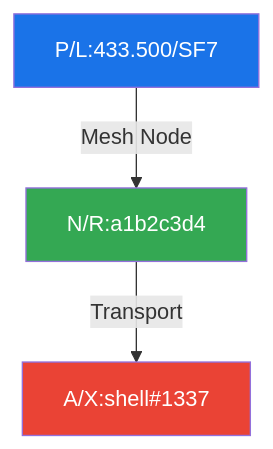
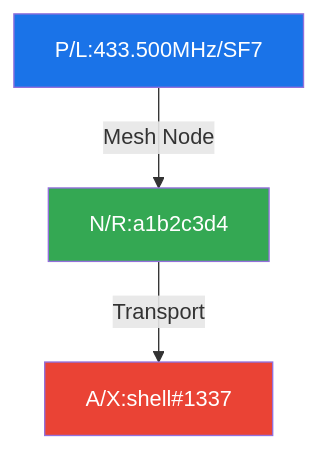
Before and after one commit to gretel/ramp: the second of 3 diagrams in README.md, drawn with Mermaid. The commit also changed other lines of this file and 2 other files, not shown here.

````diff
--- a/README.md
+++ b/README.md
@@ -53,9 +64,9 @@
 ```mermaid
 graph TB
-   P1[P/L:433.500/SF7] -->|Mesh Node| N1[N/R:a1b2c3d4]
+   P1[P/L:433.500MHz/SF7] -->|Mesh Node| N1[N/R:a1b2c3d4]
    N1 -->|Transport| A1[A/X:shell#1337]
 
    style P1 fill:#1a73e8,color:white
    style N1 fill:#34a853,color:white
    style A1 fill:#ea4335,color:white
 ```
````
